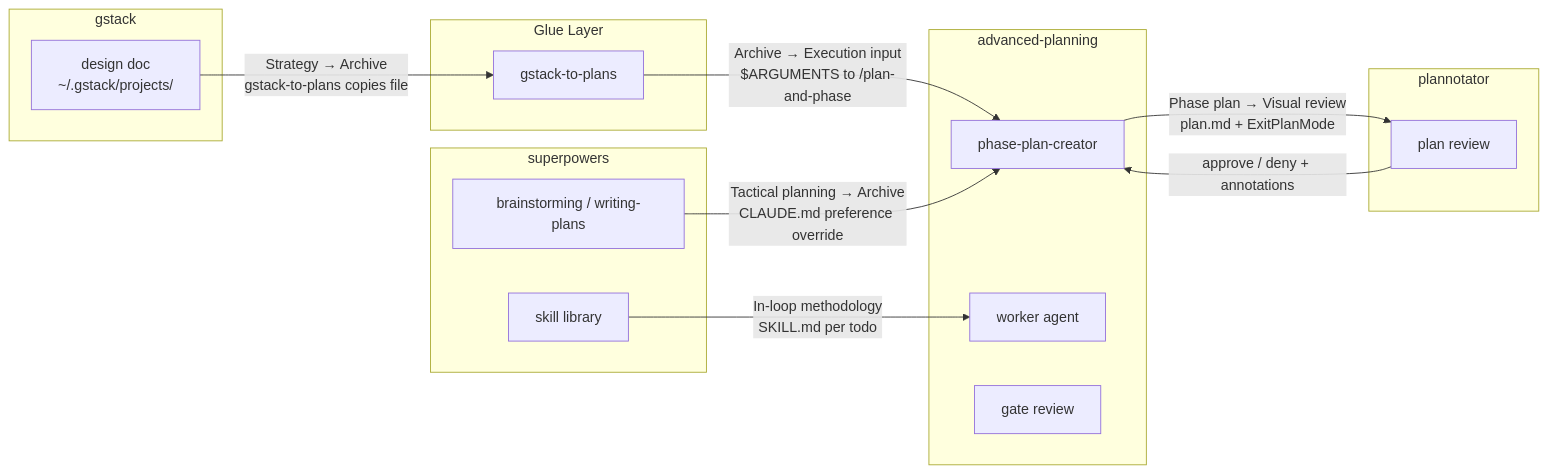
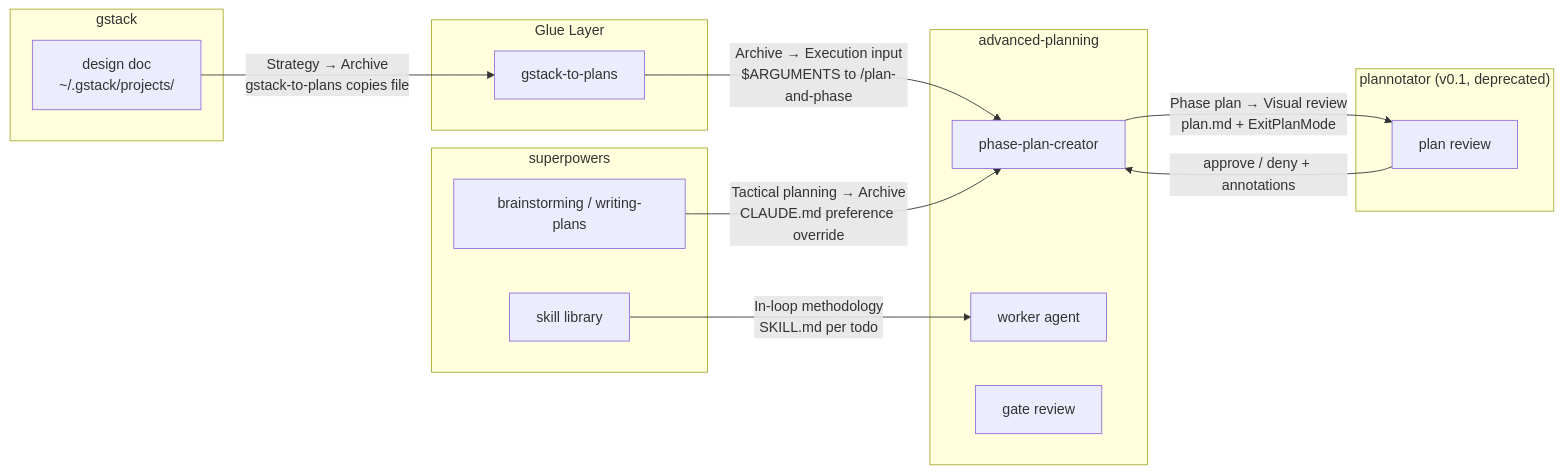
Before and after one commit to MungoHarvey/Advanced-AI-Workflows: the second of 6 diagrams in ARCHITECTURE.md, drawn with Mermaid. The commit also changed other lines of this file and 13 other files, not shown here.

````diff
--- a/ARCHITECTURE.md
+++ b/ARCHITECTURE.md
@@ -80,35 +82,35 @@
 ```mermaid
 flowchart LR
     accTitle: Integration Boundaries Between Four Tools
     accDescr: Shows the six named handoff boundaries where tools exchange artifacts.
 
     subgraph gs["gstack"]
         gh_out["design doc<br/>~/.gstack/projects/"]
     end
 
     subgraph gl["Glue Layer"]
         gtp["gstack-to-plans"]
     end
 
     subgraph sp["superpowers"]
         br["brainstorming / writing-plans"]
         skill_lib["skill library"]
     end
 
     subgraph ap["advanced-planning"]
         ppc["phase-plan-creator"]
         worker["worker agent"]
         gate["gate review"]
     end
 
-    subgraph pn["plannotator"]
+    subgraph pn["plannotator (v0.1, deprecated)"]
         prv["plan review"]
     end
 
     gh_out -->|"Strategy → Archive<br/>gstack-to-plans copies file"| gtp
     gtp -->|"Archive → Execution input<br/>$ARGUMENTS to /plan-and-phase"| ppc
     br -->|"Tactical planning → Archive<br/>CLAUDE.md preference override"| ppc
     skill_lib -->|"In-loop methodology<br/>SKILL.md per todo"| worker
     ppc -->|"Phase plan → Visual review<br/>plan.md + ExitPlanMode"| prv
     prv -->|"approve / deny + annotations"| ppc
 ```
````
